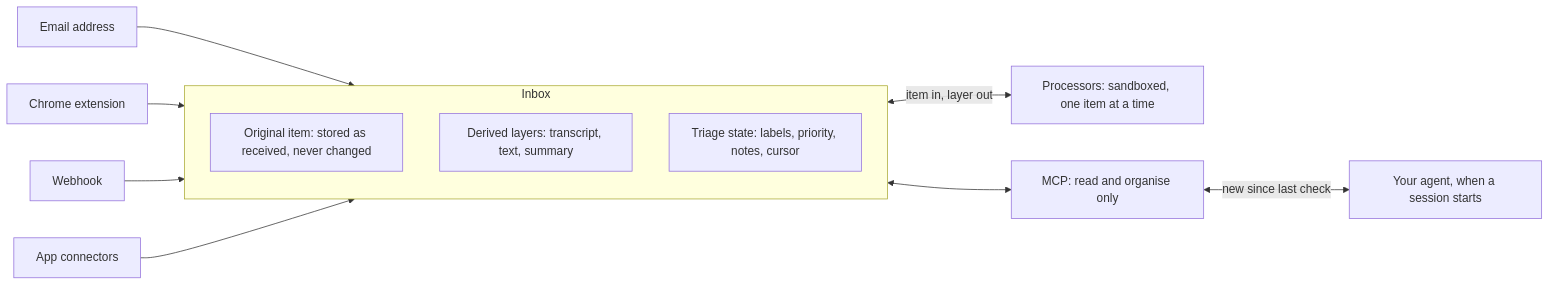
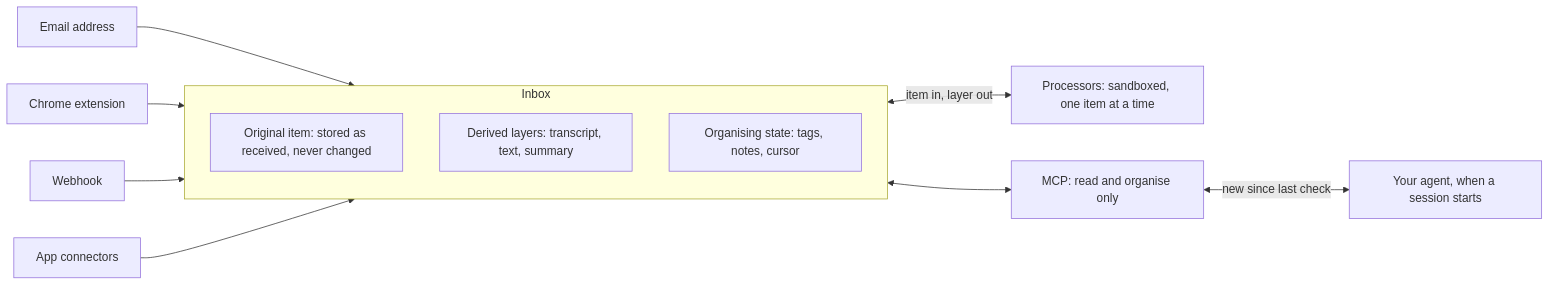
One commit to david-sling/scoop changed the diagram in PLAN.md. Above: the diagram before and after it, drawn with Mermaid. The commit also changed other lines of this file and 3 other files, not shown here.

````diff
--- a/PLAN.md
+++ b/PLAN.md
@@ -52,15 +52,15 @@
 ```mermaid
 flowchart LR
   email[Email address] --> inbox
   ext[Chrome extension] --> inbox
   hook[Webhook] --> inbox
   conn[App connectors] --> inbox
   subgraph inbox[Inbox]
     original[Original item: stored as received, never changed]
     layers[Derived layers: transcript, text, summary]
-    state[Triage state: labels, priority, notes, cursor]
+    state[Organising state: tags, notes, cursor]
   end
   inbox <-->|item in, layer out| proc[Processors: sandboxed, one item at a time]
   inbox <--> mcp[MCP: read and organise only]
   mcp <-->|new since last check| agent[Your agent, when a session starts]
 ```
````
